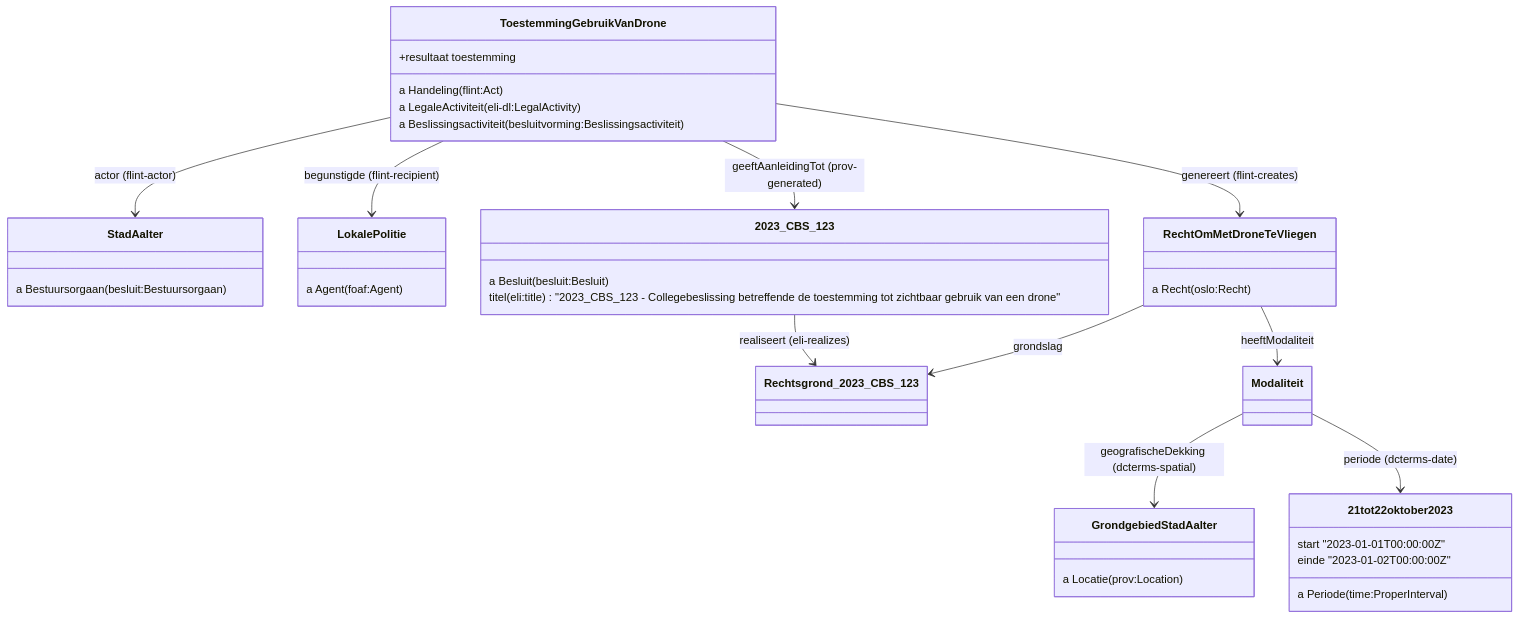
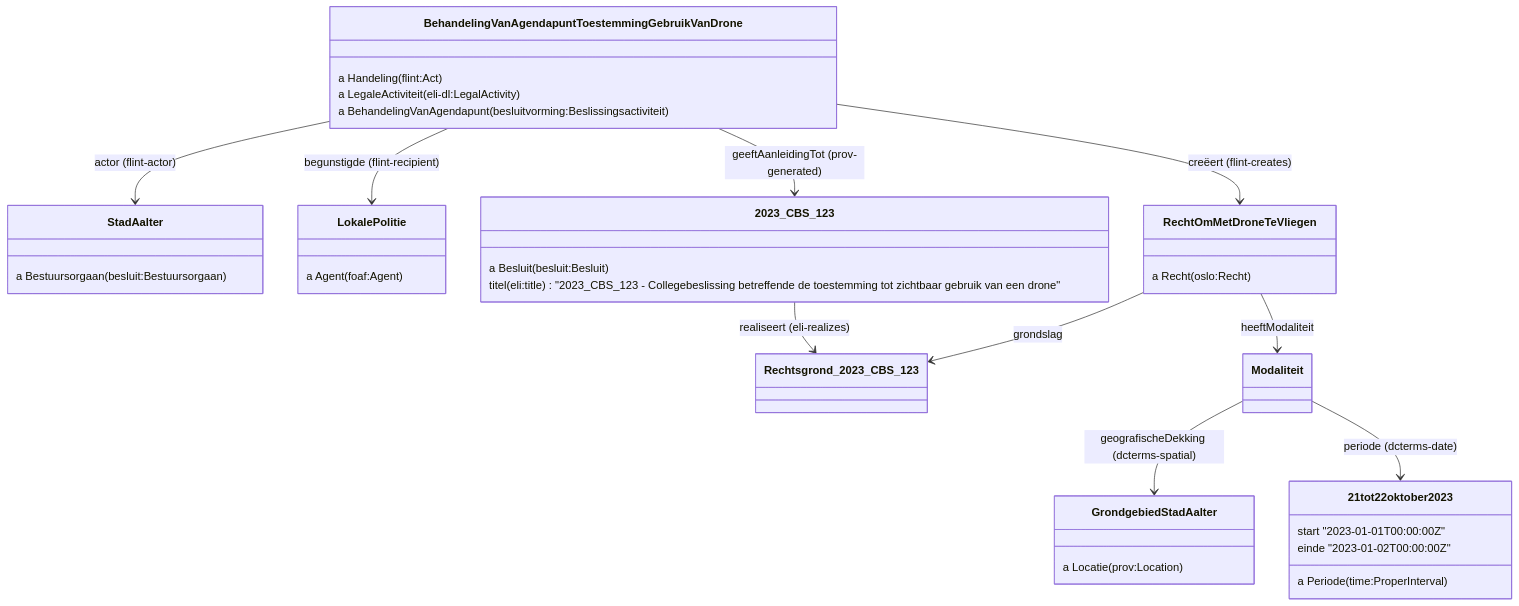
Diagram 11 of 13 in README.md (Informatievlaanderen/OSLOthema-slimmeRaadpleegOmgeving), drawn with Mermaid before and after one commit. The commit also changed other lines of this file, not shown here.

Commit message:
Update drone

````diff
--- a/README.md
+++ b/README.md
@@ -397,48 +397,47 @@
 ```mermaid
 classDiagram
-ToestemmingGebruikVanDrone --> StadAalter: actor (flint-actor)
-ToestemmingGebruikVanDrone --> LokalePolitie: begunstigde (flint-recipient)
-ToestemmingGebruikVanDrone --> RechtOmMetDroneTeVliegen: genereert (flint-creates)
-ToestemmingGebruikVanDrone --> 2023_CBS_123: geeftAanleidingTot (prov-generated)
+BehandelingVanAgendapuntToestemmingGebruikVanDrone --> StadAalter: actor (flint-actor)
+BehandelingVanAgendapuntToestemmingGebruikVanDrone --> LokalePolitie: begunstigde (flint-recipient)
+BehandelingVanAgendapuntToestemmingGebruikVanDrone --> RechtOmMetDroneTeVliegen: creëert (flint-creates)
+BehandelingVanAgendapuntToestemmingGebruikVanDrone --> 2023_CBS_123: geeftAanleidingTot (prov-generated)
 
-class ToestemmingGebruikVanDrone {
+class BehandelingVanAgendapuntToestemmingGebruikVanDrone {
  a Handeling (flint:Act)
  a LegaleActiviteit (eli-dl:LegalActivity)
- a Beslissingsactiviteit (besluitvorming:Beslissingsactiviteit)
- +resultaat toestemming
+ a BehandelingVanAgendapunt (besluitvorming:Beslissingsactiviteit)
 }
 
 class RechtOmMetDroneTeVliegen {
  a Recht (oslo:Recht)
 }
 
 class StadAalter {
  a Bestuursorgaan (besluit:Bestuursorgaan)
 }
 
 class LokalePolitie {
  a Agent (foaf:Agent)
 }
 
 RechtOmMetDroneTeVliegen --> Rechtsgrond_2023_CBS_123 : grondslag
 2023_CBS_123 --> Rechtsgrond_2023_CBS_123: realiseert (eli-realizes)
 
 RechtOmMetDroneTeVliegen --> Modaliteit: heeftModaliteit
 Modaliteit --> GrondgebiedStadAalter: geografischeDekking (dcterms-spatial)
 Modaliteit --> 21tot22oktober2023: periode (dcterms-date)
 
 class 2023_CBS_123 {
  a Besluit (besluit:Besluit)
 titel (eli:title) "2023_CBS_123 - Collegebeslissing betreffende de toestemming tot zichtbaar gebruik van een drone"
 }
 
 class GrondgebiedStadAalter {
   a Locatie (prov:Location)
 }
 
 class 21tot22oktober2023 {
  a Periode (time:ProperInterval)
  start "2023-01-01T00:00:00Z"
  einde "2023-01-02T00:00:00Z"
 }
 ```
````
